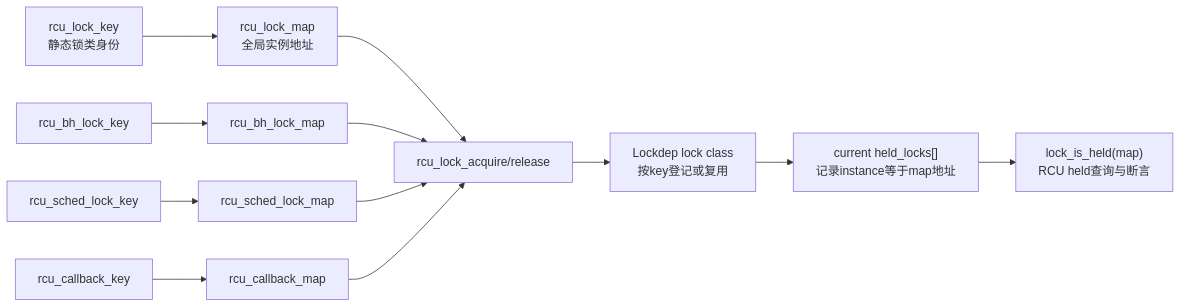
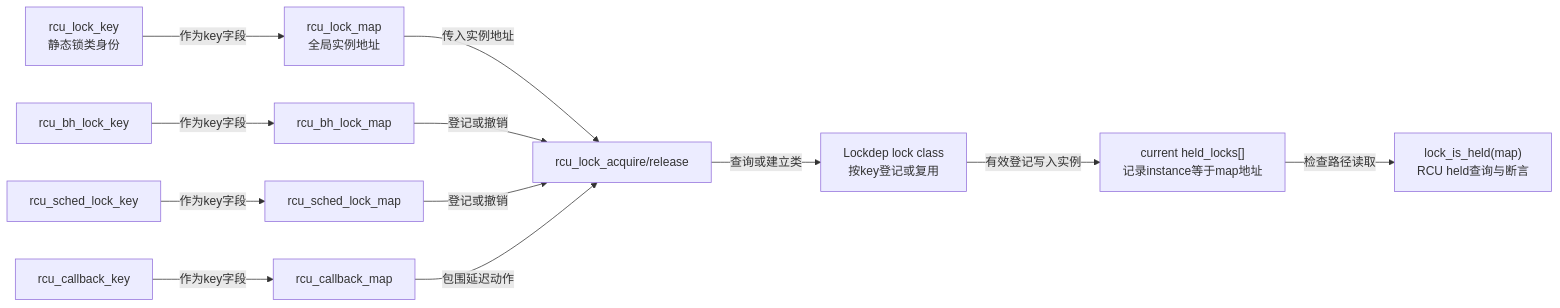
One commit to FormingSystem/linux_note changed the second of 3 diagrams in research/source_reading/rcu/source_explanations/P04_Linux_6.12_RCU_Lockdep适配层源码实现.md. Above: the diagram before and after it, drawn with Mermaid. The commit also changed other lines of this file and 1 other file, not shown here.

First line of the commit message:
content(rcu/source): 校正Lockdep适配的有效性与配置边界

````diff
--- a/research/source_reading/rcu/source_explanations/P04_Linux_6.12_RCU_Lockdep适配层源码实现.md
+++ b/research/source_reading/rcu/source_explanations/P04_Linux_6.12_RCU_Lockdep适配层源码实现.md
@@ -264,15 +276,15 @@
 ```mermaid
 flowchart LR
-    K1["rcu_lock_key<br/>静态锁类身份"] --> M1["rcu_lock_map<br/>全局实例地址"]
-    K2["rcu_bh_lock_key"] --> M2["rcu_bh_lock_map"]
-    K3["rcu_sched_lock_key"] --> M3["rcu_sched_lock_map"]
-    K4["rcu_callback_key"] --> M4["rcu_callback_map"]
+    K1["rcu_lock_key<br/>静态锁类身份"] -->|作为key字段| M1["rcu_lock_map<br/>全局实例地址"]
+    K2["rcu_bh_lock_key"] -->|作为key字段| M2["rcu_bh_lock_map"]
+    K3["rcu_sched_lock_key"] -->|作为key字段| M3["rcu_sched_lock_map"]
+    K4["rcu_callback_key"] -->|作为key字段| M4["rcu_callback_map"]
 
-    M1 --> A["rcu_lock_acquire/release"]
-    M2 --> A
-    M3 --> A
-    M4 --> A
-    A --> C["Lockdep lock class<br/>按key登记或复用"]
-    C --> H["current held_locks[]<br/>记录instance等于map地址"]
-    H --> Q["lock_is_held(map)<br/>RCU held查询与断言"]
+    M1 -->|传入实例地址| A["rcu_lock_acquire/release"]
+    M2 -->|登记或撤销| A
+    M3 -->|登记或撤销| A
+    M4 -->|包围延迟动作| A
+    A -->|查询或建立类| C["Lockdep lock class<br/>按key登记或复用"]
+    C -->|有效登记写入实例| H["current held_locks[]<br/>记录instance等于map地址"]
+    H -->|检查路径读取| Q["lock_is_held(map)<br/>RCU held查询与断言"]
 ```
````
